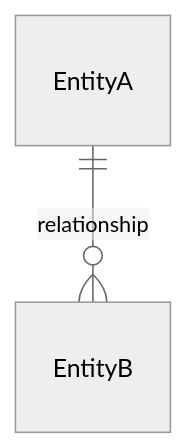
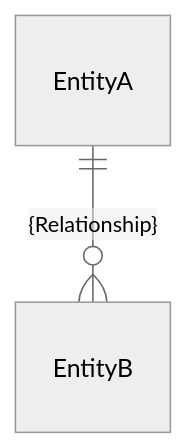
The diagram in .agents/skills/extract/assets/ER.template.md (AIDDbot/AIDDbot), drawn with Mermaid (neutral theme) before and after one commit. The commit also changed other lines of this file and 8 other files, not shown here.

````diff
--- a/.agents/skills/extract/assets/ER.template.md
+++ b/.agents/skills/extract/assets/ER.template.md
@@ -3,4 +5,4 @@
 ```mermaid
 erDiagram
-    EntityA ||--o{ EntityB : "relationship"
+    EntityA ||--o{ EntityB : "{Relationship}"
 ```
````
